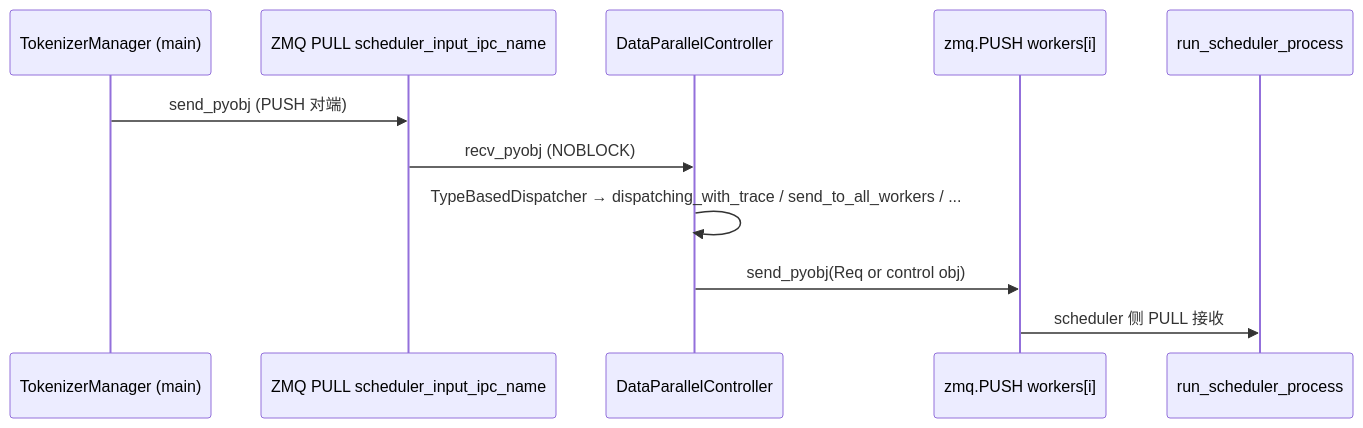
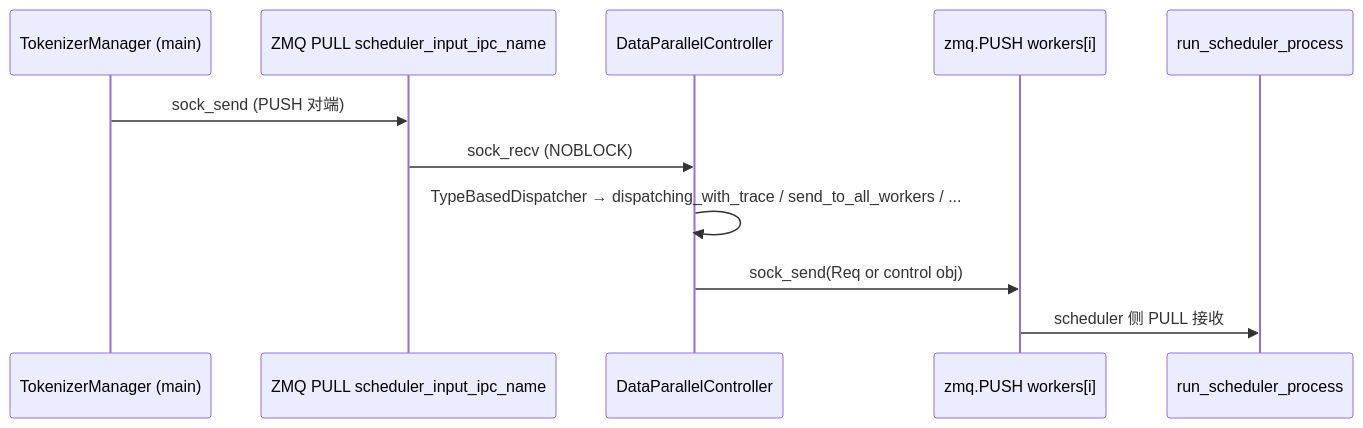
One commit to learning-sketch/wiki changed the second of 2 diagrams in sglang/entities/DataParallelController.md. Above: the diagram before and after it, drawn with Mermaid. The commit also changed other lines of this file and 5 other files, not shown here.

````diff
--- a/sglang/entities/DataParallelController.md
+++ b/sglang/entities/DataParallelController.md
@@ -116,14 +120,14 @@
 ```mermaid
 sequenceDiagram
     participant TM as TokenizerManager (main)
     participant Zin as ZMQ PULL scheduler_input_ipc_name
     participant DPC as DataParallelController
     participant W as zmq.PUSH workers[i]
     participant Sch as run_scheduler_process
 
-    TM->>Zin: send_pyobj (PUSH 对端)
-    Zin->>DPC: recv_pyobj (NOBLOCK)
+    TM->>Zin: sock_send (PUSH 对端)
+    Zin->>DPC: sock_recv (NOBLOCK)
     DPC->>DPC: TypeBasedDispatcher → dispatching_with_trace / send_to_all_workers / ...
-    DPC->>W: send_pyobj(Req or control obj)
+    DPC->>W: sock_send(Req or control obj)
     W->>Sch: scheduler 侧 PULL 接收
 ```
````
